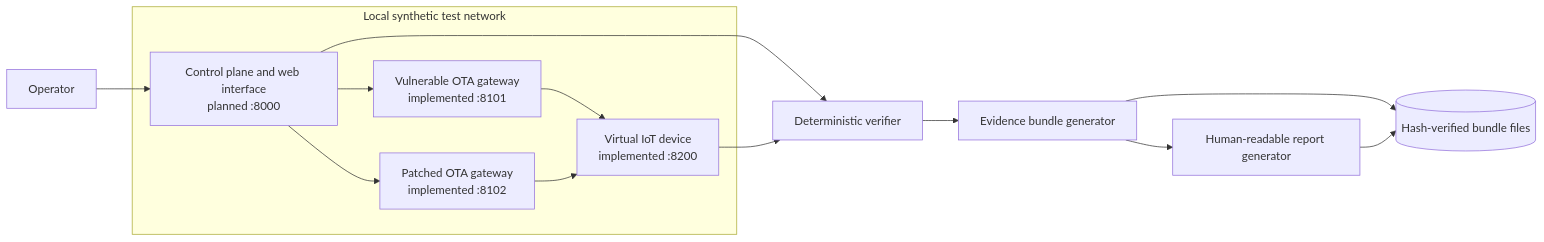
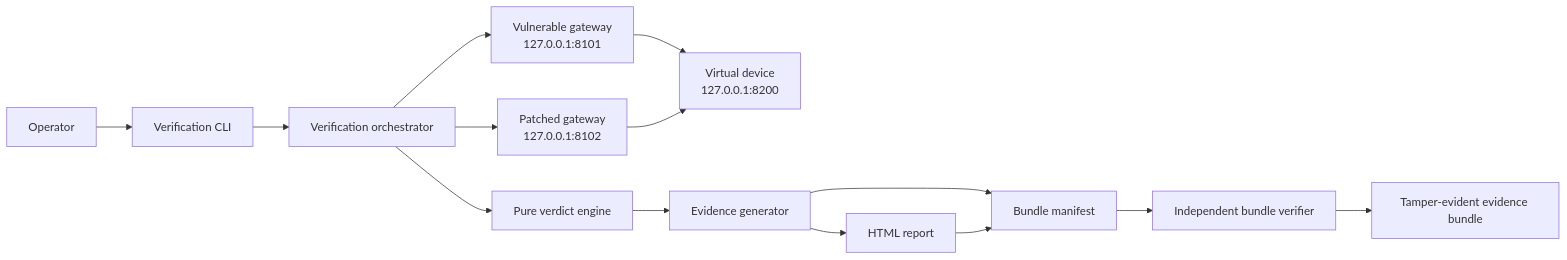
One commit to ibondarenko1/fixrepro changed the first of 2 diagrams in docs/ARCHITECTURE.md. Above: the diagram before and after it, drawn with Mermaid. The commit also changed other lines of this file and 46 other files, not shown here.

Commit message:
feat: add deterministic patch verification evidence

````diff
--- a/docs/ARCHITECTURE.md
+++ b/docs/ARCHITECTURE.md
@@ -59,18 +53,16 @@
 ```mermaid
 flowchart LR
-    O[Operator] --> CP[Control plane and web interface\nplanned :8000]
-
-    subgraph Local synthetic test network
-        CP --> VG[Vulnerable OTA gateway\nimplemented :8101]
-        CP --> PG[Patched OTA gateway\nimplemented :8102]
-        VG --> D[Virtual IoT device\nimplemented :8200]
-        PG --> D
-    end
-
-    CP --> V[Deterministic verifier]
-    D --> V
-    V --> E[Evidence bundle generator]
-    E --> R[Human-readable report generator]
-    E --> B[(Hash-verified bundle files)]
-    R --> B
+    O[Operator] --> CLI[Verification CLI]
+    CLI --> ORCH[Verification orchestrator]
+    ORCH --> VG[Vulnerable gateway<br/>127.0.0.1:8101]
+    ORCH --> PG[Patched gateway<br/>127.0.0.1:8102]
+    VG --> D[Virtual device<br/>127.0.0.1:8200]
+    PG --> D
+    ORCH --> V[Pure verdict engine]
+    V --> E[Evidence generator]
+    E --> R[HTML report]
+    E --> M[Bundle manifest]
+    R --> M
+    M --> BV[Independent bundle verifier]
+    BV --> OUT[Tamper-evident evidence bundle]
 ```
````
